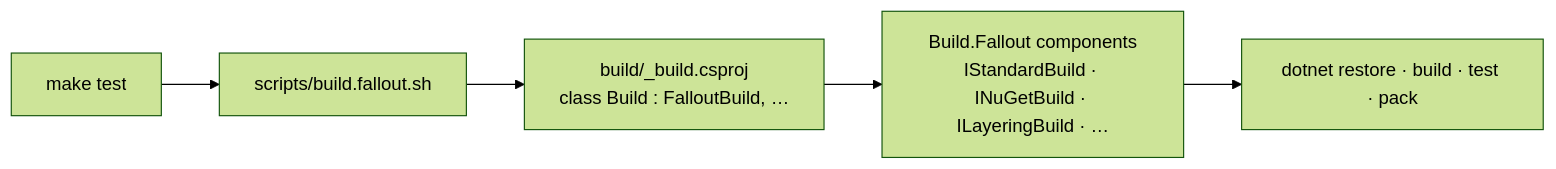
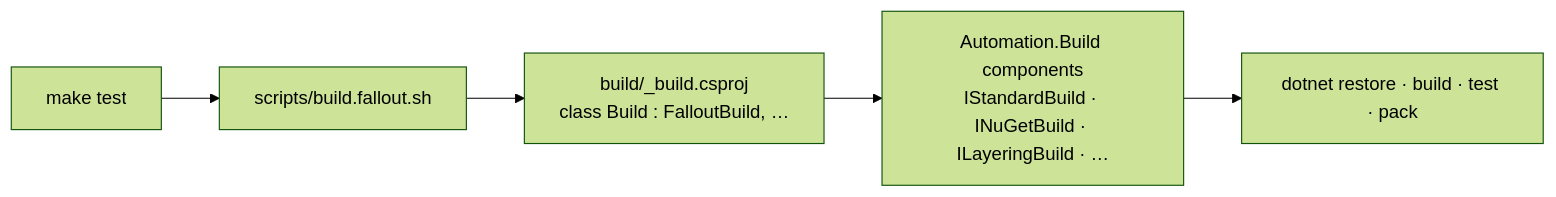
Before and after one commit to anarchy-io/anarchy-toolkit: the diagram in docs/getting-started/fallout.md, drawn with Mermaid (forest theme). The commit also changed other lines of this file and 559 other files, not shown here.

````diff
--- a/docs/getting-started/fallout.md
+++ b/docs/getting-started/fallout.md
@@ -5,6 +5,6 @@
 ```mermaid
 flowchart LR
     Make["make test"] --> Script["scripts/build.fallout.sh"] --> Host["build/_build.csproj<br/>class Build : FalloutBuild, …"]
-    Host --> Components["Build.Fallout components<br/>IStandardBuild · INuGetBuild · ILayeringBuild · …"]
+    Host --> Components["Automation.Build components<br/>IStandardBuild · INuGetBuild · ILayeringBuild · …"]
     Components --> Dotnet["dotnet restore · build · test · pack"]
 ```
````
